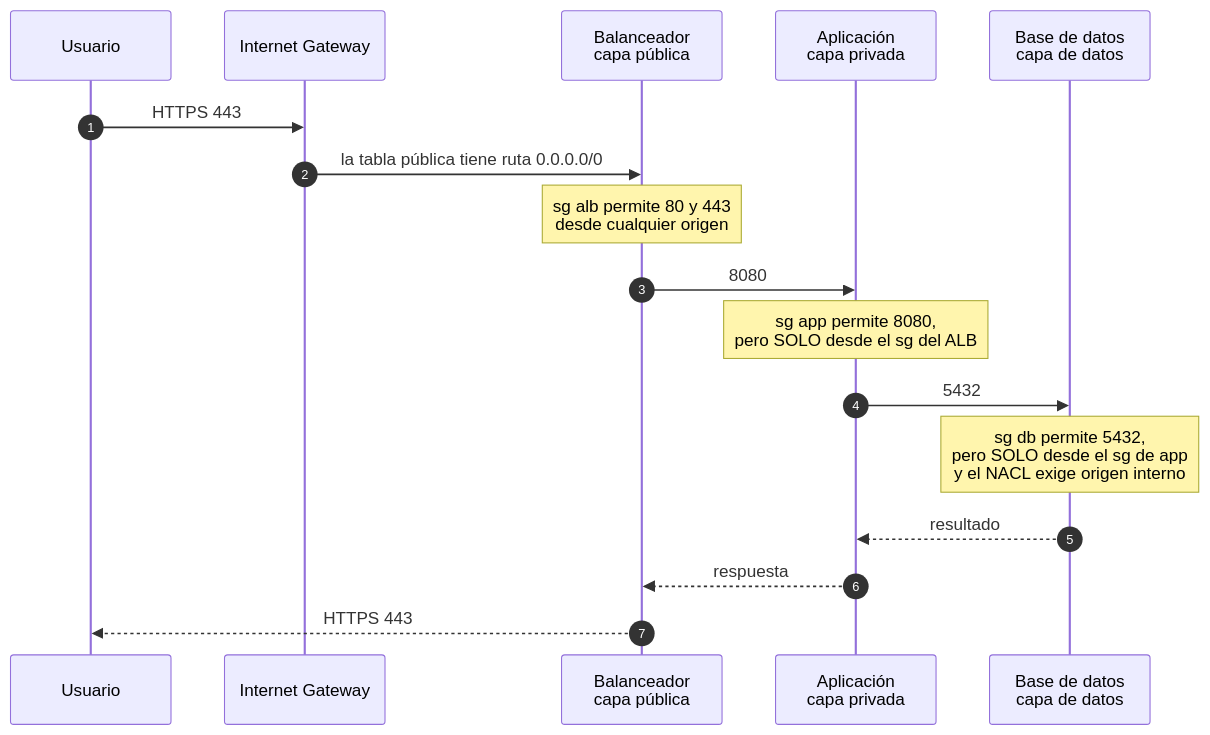
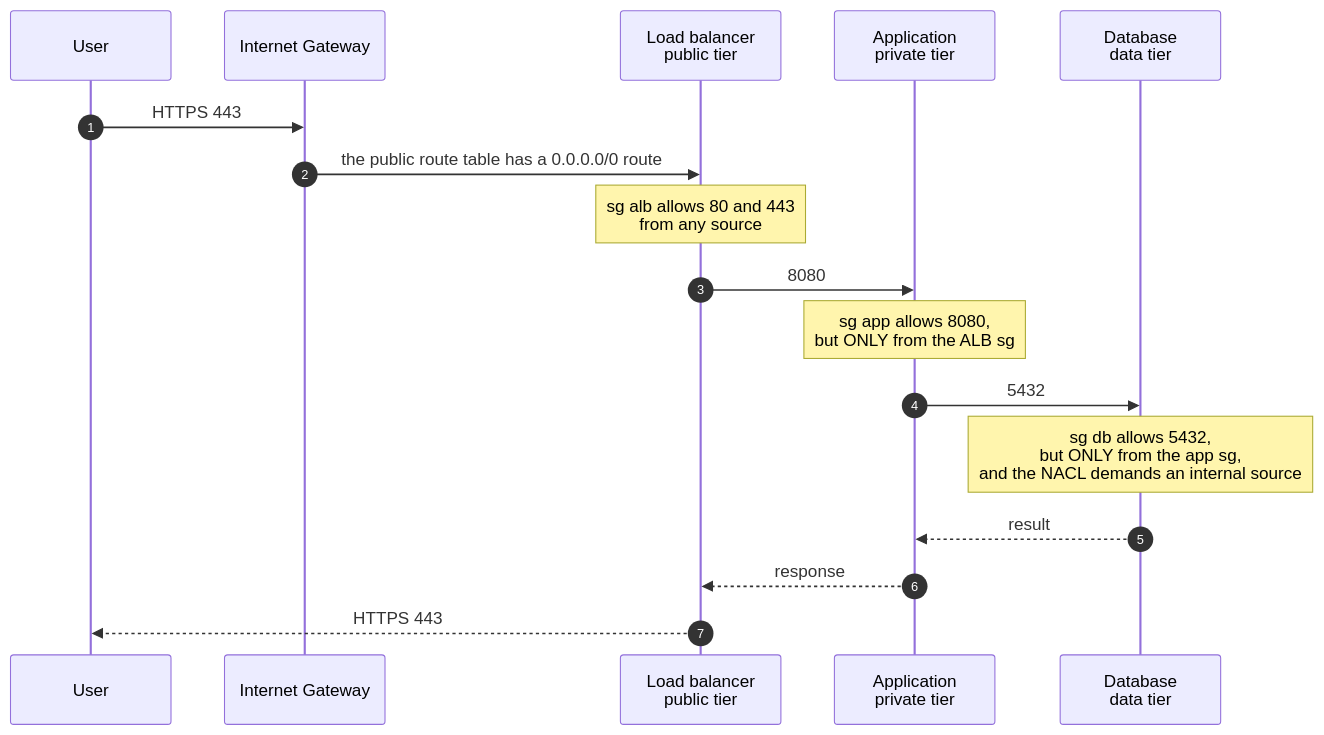
Before and after one commit to Rxcxrdx/aws-three-tier-vpc-terraform: the third of 6 diagrams in README.md, drawn with Mermaid. The commit also changed other lines of this file, not shown here.

````diff
--- a/README.md
+++ b/README.md
@@ -110,20 +137,20 @@
 ```mermaid
 sequenceDiagram
     autonumber
-    participant U as Usuario
+    participant U as User
     participant IGW as Internet Gateway
-    participant ALB as Balanceador<br/>capa pública
-    participant APP as Aplicación<br/>capa privada
-    participant DB as Base de datos<br/>capa de datos
+    participant ALB as Load balancer<br/>public tier
+    participant APP as Application<br/>private tier
+    participant DB as Database<br/>data tier
 
     U->>IGW: HTTPS 443
-    IGW->>ALB: la tabla pública tiene ruta 0.0.0.0/0
-    Note over ALB: sg alb permite 80 y 443<br/>desde cualquier origen
+    IGW->>ALB: the public route table has a 0.0.0.0/0 route
+    Note over ALB: sg alb allows 80 and 443<br/>from any source
     ALB->>APP: 8080
-    Note over APP: sg app permite 8080,<br/>pero SOLO desde el sg del ALB
+    Note over APP: sg app allows 8080,<br/>but ONLY from the ALB sg
     APP->>DB: 5432
-    Note over DB: sg db permite 5432,<br/>pero SOLO desde el sg de app<br/>y el NACL exige origen interno
-    DB-->>APP: resultado
-    APP-->>ALB: respuesta
+    Note over DB: sg db allows 5432,<br/>but ONLY from the app sg,<br/>and the NACL demands an internal source
+    DB-->>APP: result
+    APP-->>ALB: response
     ALB-->>U: HTTPS 443
 ```
````
